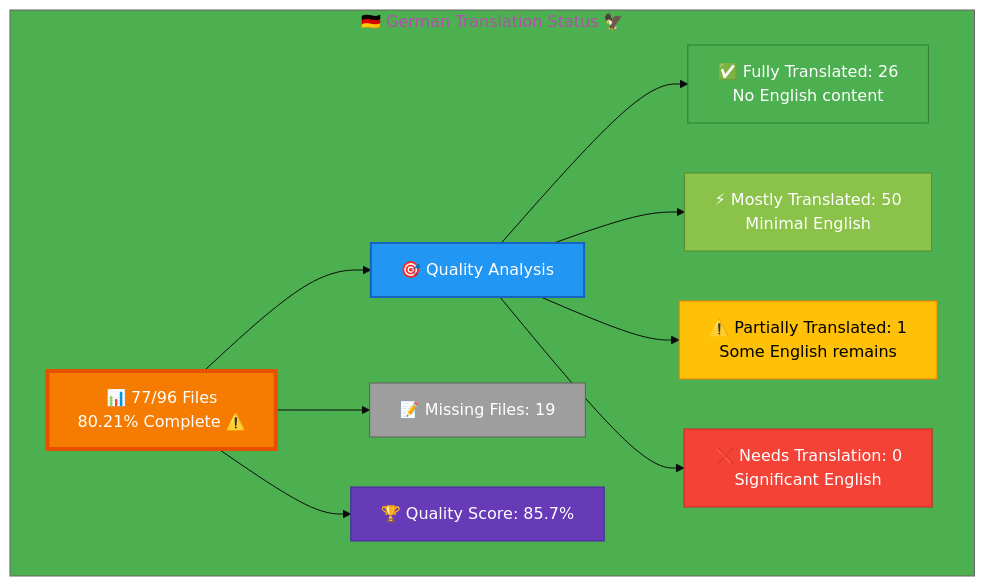
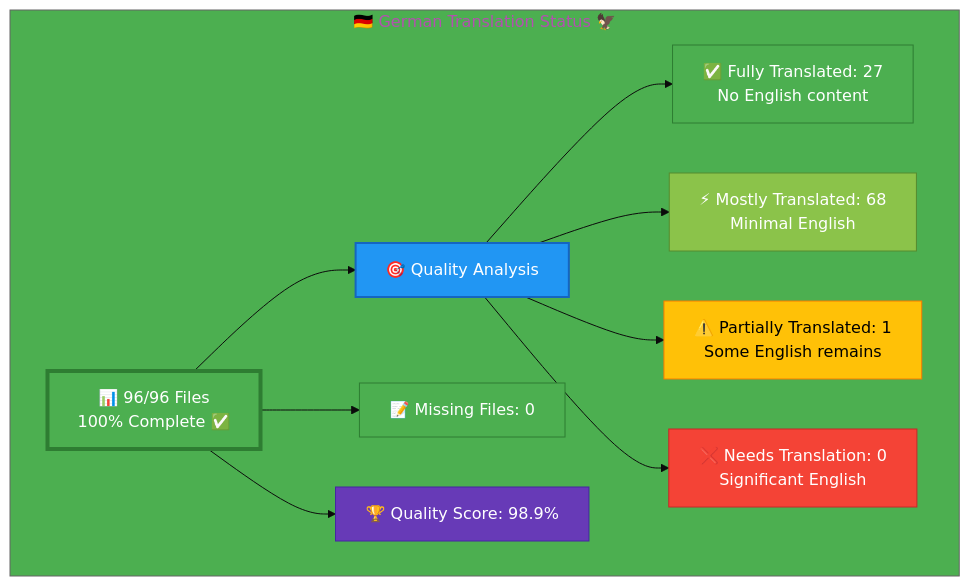
One commit to Hack23/homepage changed the diagram in German-Translation-Status.md. Above: the diagram before and after it, drawn with Mermaid. The commit also changed other lines of this file and 2 other files, not shown here.

````diff
--- a/German-Translation-Status.md
+++ b/German-Translation-Status.md
@@ -12,26 +12,26 @@
 ```mermaid
-%%{init: {'theme':'base', 'themeVariables': {'primaryColor':'#F57C00','secondaryColor':'#2196F3','tertiaryColor':'#4CAF50','fontSize':'16px'}}}%%
+%%{init: {'theme':'base', 'themeVariables': {'primaryColor':'#4CAF50','secondaryColor':'#2196F3','tertiaryColor':'#4CAF50','fontSize':'16px'}}}%%
 graph TB
     subgraph "🇩🇪 German Translation Status 🦅"
-        A["📊 77/96 Files<br/>80.21% Complete ⚠️ "]
+        A["📊 96/96 Files<br/>100% Complete ✅ "]
         
         A --> B["🎯 Quality Analysis"]
-        B --> C["✅ Fully Translated: 26<br/>No English content"]
-        B --> D["⚡ Mostly Translated: 50<br/>Minimal English"]
+        B --> C["✅ Fully Translated: 27<br/>No English content"]
+        B --> D["⚡ Mostly Translated: 68<br/>Minimal English"]
         B --> E["⚠️  Partially Translated: 1<br/>Some English remains"]
         B --> F["❌ Needs Translation: 0<br/>Significant English"]
         
-        A --> G["📝 Missing Files: 19"]
+        A --> G["📝 Missing Files: 0"]
         
-        A --> H["🏆 Quality Score: 85.7%"]
+        A --> H["🏆 Quality Score: 98.9%"]
         
-        style A fill:#F57C00,stroke:#E65100,color:#fff,stroke-width:4px
+        style A fill:#4CAF50,stroke:#2E7D32,color:#fff,stroke-width:4px
         style B fill:#2196F3,stroke:#1565C0,color:#fff,stroke-width:2px
         style C fill:#4CAF50,stroke:#2E7D32,color:#fff
         style D fill:#8BC34A,stroke:#558B2F,color:#fff
         style E fill:#FFC107,stroke:#F57C00,color:#000
         style F fill:#F44336,stroke:#C62828,color:#fff
-        style G fill:#9E9E9E,stroke:#616161,color:#fff
+        style G fill:#4CAF50,stroke:#2E7D32,color:#fff
         style H fill:#673AB7,stroke:#4527A0,color:#fff
     end
 ```
````
